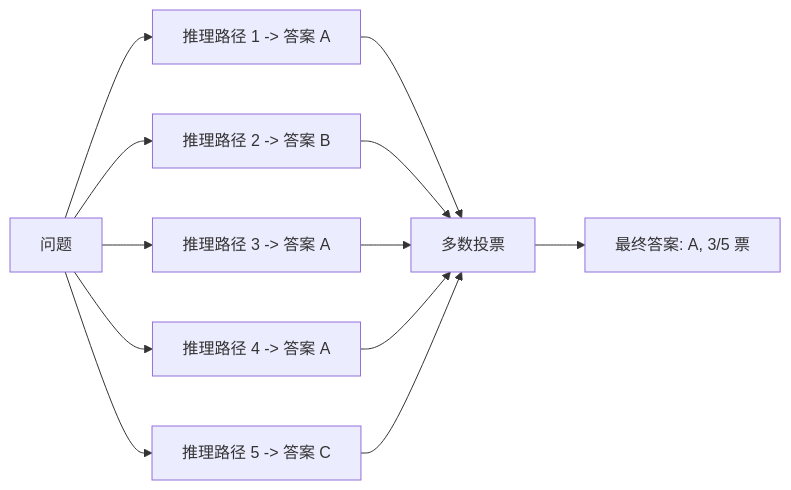
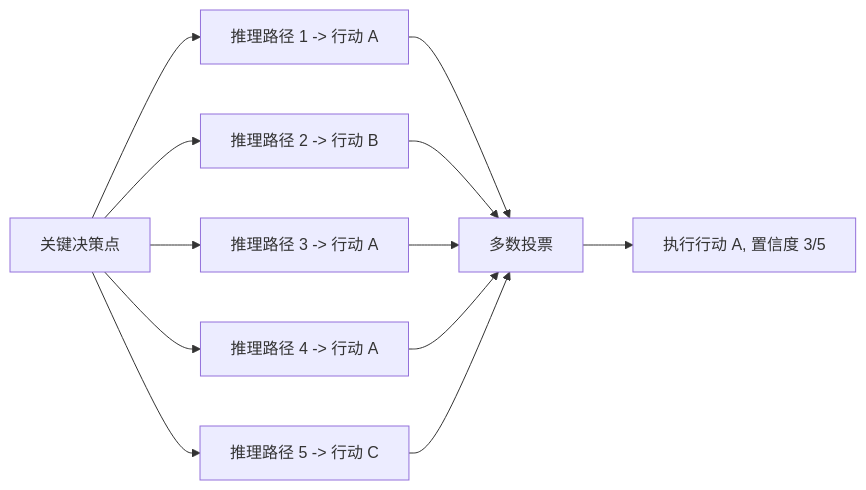
The diagram in docs/02-technology/07-core-modules/reasoning.md (LiPingjiang/Agent-Knowledge-Book), drawn with Mermaid before and after one commit. The commit also changed other lines of this file and 14 other files, not shown here.

````diff
--- a/docs/02-technology/07-core-modules/reasoning.md
+++ b/docs/02-technology/07-core-modules/reasoning.md
@@ -102,16 +198,16 @@
 ```mermaid
 graph LR
-    Q[问题] --> R1[推理路径 1 -> 答案 A]
-    Q --> R2[推理路径 2 -> 答案 B]
-    Q --> R3[推理路径 3 -> 答案 A]
-    Q --> R4[推理路径 4 -> 答案 A]
-    Q --> R5[推理路径 5 -> 答案 C]
+    Q[关键决策点] --> R1[推理路径 1 -> 行动 A]
+    Q --> R2[推理路径 2 -> 行动 B]
+    Q --> R3[推理路径 3 -> 行动 A]
+    Q --> R4[推理路径 4 -> 行动 A]
+    Q --> R5[推理路径 5 -> 行动 C]
     
     R1 --> V[多数投票]
     R2 --> V
     R3 --> V
     R4 --> V
     R5 --> V
     
-    V --> Final[最终答案: A, 3/5 票]
+    V --> Final[执行行动 A, 置信度 3/5]
 ```
````
